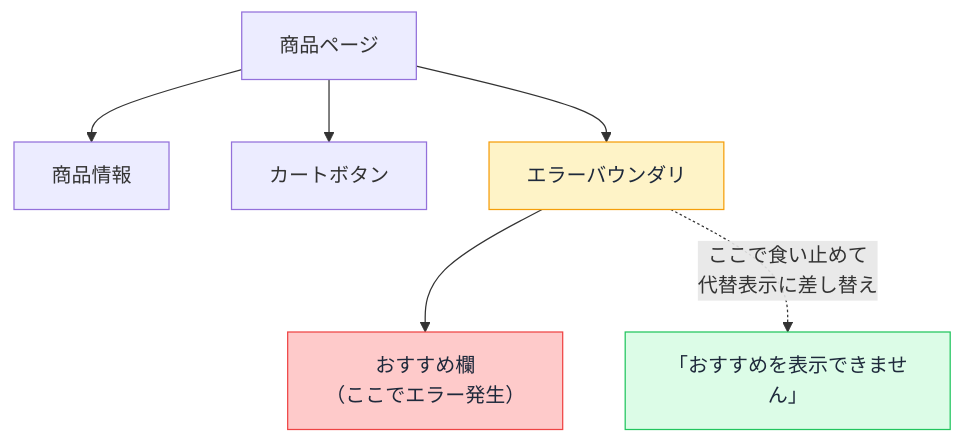
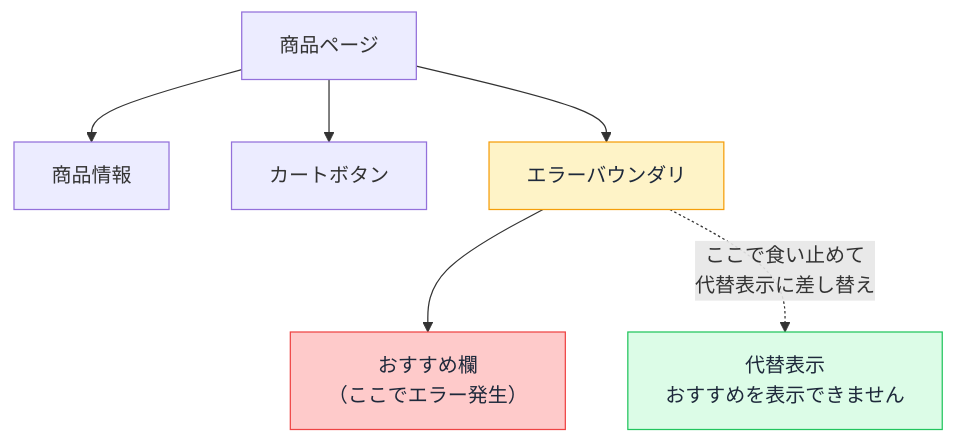
The diagram in docs/drafts/083/index.md (ozaki25/web-front-training-ozaki25), drawn with Mermaid before and after one commit. The commit also changed other lines of this file and 4 other files, not shown here.

Commit message:
Reactレビュー: 030 イベント/031 データ取得/083 エラーバウンダリ(error.tsxのlayout保護範囲を訂正)/130 メモリリーク/145 純粋関数(図の順序修正)

````diff
--- a/docs/drafts/083/index.md
+++ b/docs/drafts/083/index.md
@@ -27,11 +31,11 @@
 ```mermaid
 flowchart TD
   A["商品ページ"] --> B["商品情報"]
   A --> C["カートボタン"]
   A --> D["エラーバウンダリ"]
   D --> E["おすすめ欄<br>（ここでエラー発生）"]
-  D -. "ここで食い止めて<br>代替表示に差し替え" .-> F["「おすすめを表示できません」"]
+  D -. "ここで食い止めて<br>代替表示に差し替え" .-> F["代替表示<br>おすすめを表示できません"]
   style E fill:#fecaca,color:#1e293b,stroke:#ef4444
   style D fill:#fef3c7,color:#1e293b,stroke:#f59e0b
   style F fill:#dcfce7,color:#1e293b,stroke:#22c55e
 ```
````
